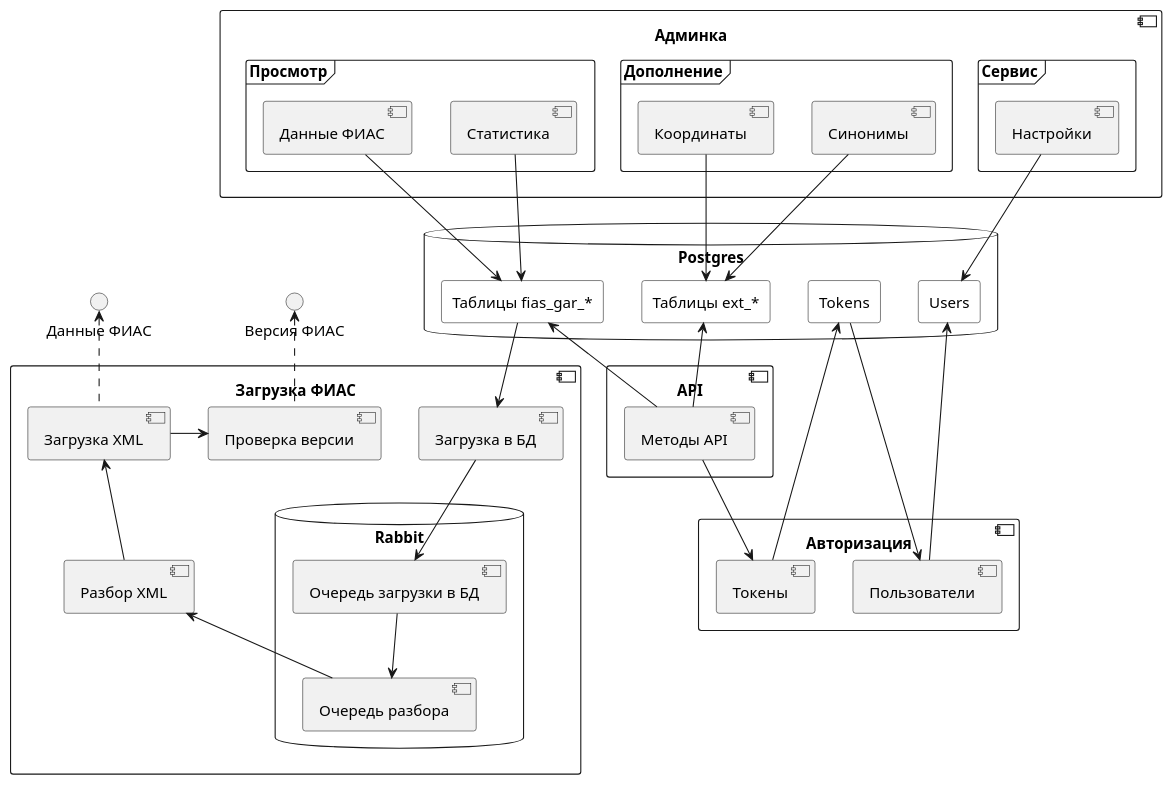
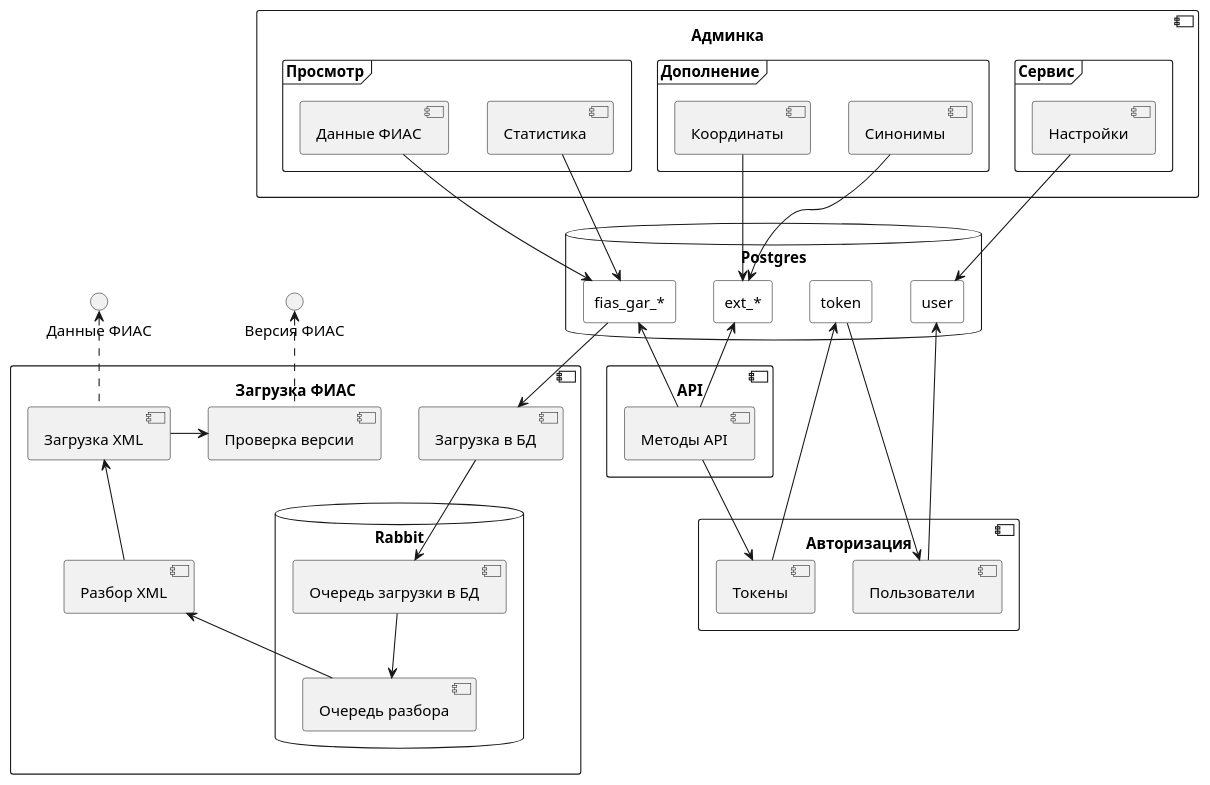
Before and after one commit to darreg/fias-gar: the diagram in docs/components.puml, drawn with PlantUML.

Commit message:
Fix UML diagram

```diff
--- a/docs/components.puml
+++ b/docs/components.puml
@@ -1,70 +1,66 @@
 @startuml
 'https://plantuml.com/component-diagram
 
 () "Версия ФИАС" as Version
 () "Данные ФИАС" as Data
 
 component "Админка" {
     frame "Сервис" {
         [Настройки]
     }
     frame "Дополнение" {
       [Синонимы]
       [Координаты]
     }
     frame "Просмотр" {
       [Статистика]
       [Данные ФИАС]
     }
 }
 
 component "Загрузка ФИАС" {
     [Проверка версии] .up.> Version
     [Проверка версии] <-right- [Загрузка XML]
     [Загрузка XML] .up.> Data
     [Загрузка XML] <-- [Разбор XML]
     [Разбор XML]
     [Загрузка в БД]
 
     database "Rabbit" {
         [Очередь разбора]
         [Очередь загрузки в БД]
     }
 
     [Разбор XML] <-- [Очередь разбора]
     [Загрузка в БД] --> [Очередь загрузки в БД]
     [Очередь загрузки в БД] --> [Очередь разбора]
 }
 
 database "Postgres" {
-    rectangle "Таблицы fias_gar_*" #White
-    rectangle "Таблицы ext_*" #White
-    rectangle "Users" #White
-    rectangle "Tokens" #White
+    rectangle "fias_gar_*" #White
+    rectangle "ext_*" #White
+    rectangle "user" #White
+    rectangle "token" #White
 }
 
 component "API" {
-    [Таблицы fias_gar_*] <-- [Методы API]
-    [Таблицы ext_*] <-- [Методы API]
+    [fias_gar_*] <-- [Методы API]
+    [ext_*] <-- [Методы API]
     [Методы API]
 }
 
 component "Авторизация" {
-    [Пользователи] -up-> [Users]
-    [Токены] -up-> [Tokens]
-    [Tokens] --> [Пользователи]
+    [Пользователи] -up-> [user]
+    [Токены] -up-> [token]
+    [token] --> [Пользователи]
 }
 
-
-[Загрузка в БД] <-up- [Таблицы fias_gar_*]
 [Методы API] --> [Токены]
-[Координаты] --> [Таблицы ext_*]
-[Синонимы] --> [Таблицы ext_*]
-[Данные ФИАС] --> [Таблицы fias_gar_*]
-[Статистика] --> [Таблицы fias_gar_*]
-[Настройки] --> [Users]
-
-
-
+[Загрузка в БД] <-up- [fias_gar_*]
+[Координаты] --> [ext_*]
+[Синонимы] --> [ext_*]
+[Данные ФИАС] --> [fias_gar_*]
+[Статистика] --> [fias_gar_*]
+[Настройки] --> [user]
 
 @enduml
```
